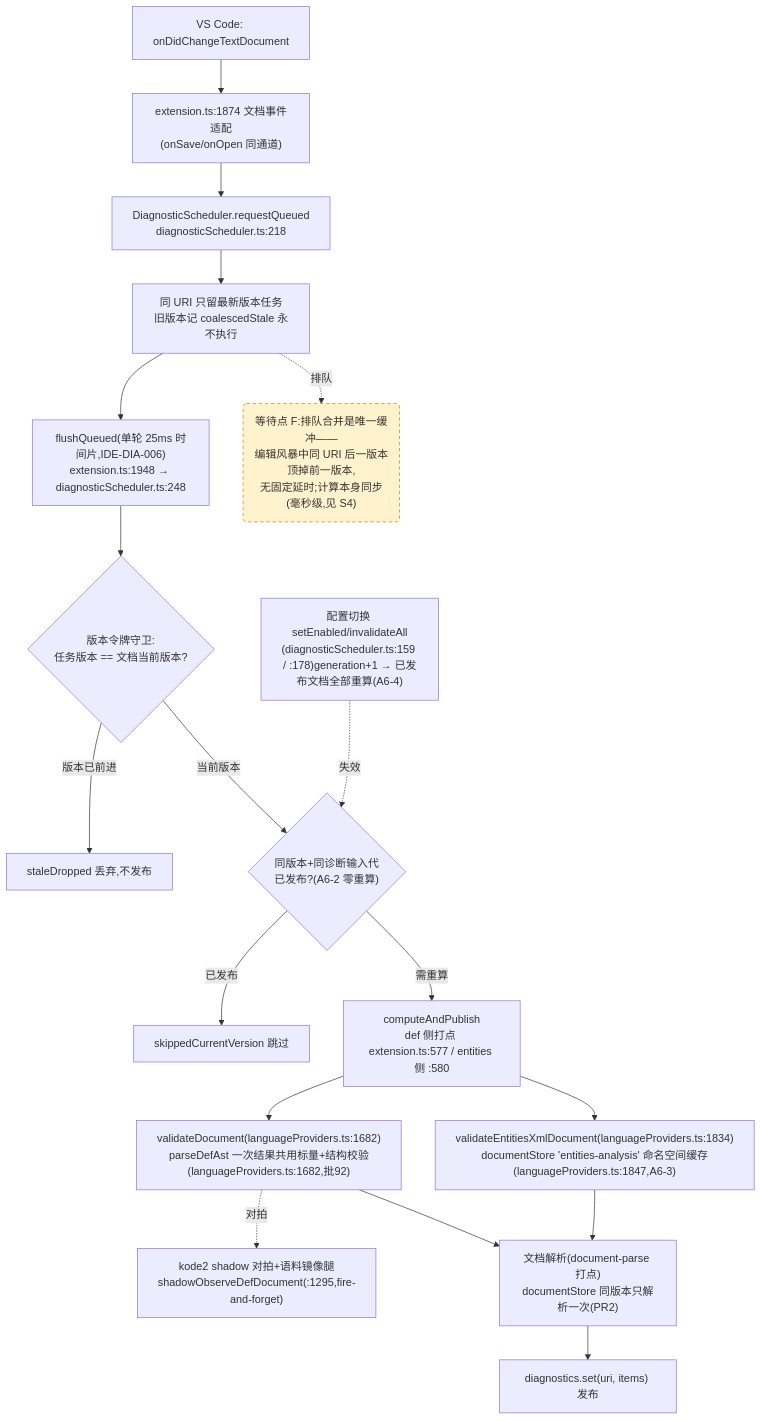
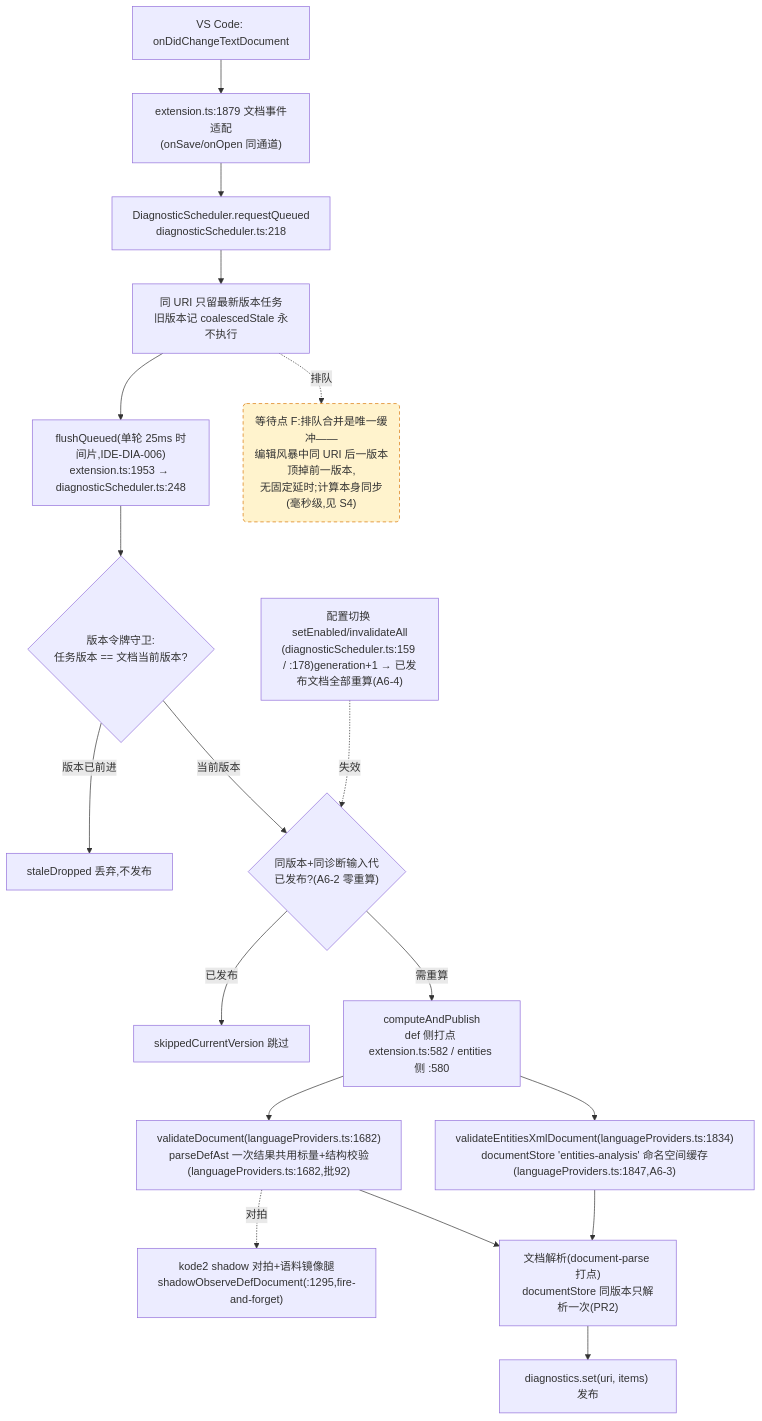
Before and after one commit to cuihairu/kode: the fourth of 4 diagrams in docs/perf/2026-baseline.md, drawn with Mermaid. The commit also changed other lines of this file and 10 other files, not shown here.

````diff
--- a/docs/perf/2026-baseline.md
+++ b/docs/perf/2026-baseline.md
@@ -214,38 +214,38 @@
 ```mermaid
 flowchart TD
   CHG["VS Code: onDidChangeTextDocument"]
-  WATCH["extension.ts:1874 文档事件适配<br/>(onSave/onOpen 同通道)"]
+  WATCH["extension.ts:1879 文档事件适配<br/>(onSave/onOpen 同通道)"]
   RQ["DiagnosticScheduler.requestQueued<br/>diagnosticScheduler.ts:218"]
   CO["同 URI 只留最新版本任务<br/>旧版本记 coalescedStale 永不执行"]
-  FL["flushQueued(单轮 25ms 时间片,IDE-DIA-006)<br/>extension.ts:1948 → diagnosticScheduler.ts:248"]
+  FL["flushQueued(单轮 25ms 时间片,IDE-DIA-006)<br/>extension.ts:1953 → diagnosticScheduler.ts:248"]
   VG{"版本令牌守卫:<br/>任务版本 == 文档当前版本?"}
   DROP["staleDropped 丢弃,不发布"]
   GEN{"同版本+同诊断输入代<br/>已发布?(A6-2 零重算)"}
   SKIP["skippedCurrentVersion 跳过"]
-  CALC["computeAndPublish<br/>def 侧打点 extension.ts:577 / entities 侧 :580"]
+  CALC["computeAndPublish<br/>def 侧打点 extension.ts:582 / entities 侧 :580"]
   VD["validateDocument(languageProviders.ts:1682)<br/>parseDefAst 一次结果共用标量+结构校验(languageProviders.ts:1682,批92)"]
   VEX["validateEntitiesXmlDocument(languageProviders.ts:1834)<br/>documentStore 'entities-analysis' 命名空间缓存(languageProviders.ts:1847,A6-3)"]
   SHDD["kode2 shadow 对拍+语料镜像腿<br/>shadowObserveDefDocument(:1295,fire-and-forget)"]
   DS["文档解析(document-parse 打点)<br/>documentStore 同版本只解析一次(PR2)"]
   PUB["diagnostics.set(uri, items) 发布"]
   CFG2["配置切换 setEnabled/invalidateAll<br/>(diagnosticScheduler.ts:159 / :178)generation+1 → 已发布文档全部重算(A6-4)"]
 
   CHG --> WATCH --> RQ --> CO --> FL --> VG
   VG -- "版本已前进" --> DROP
   VG -- "当前版本" --> GEN
   GEN -- "已发布" --> SKIP
   GEN -- "需重算" --> CALC
   CALC --> VD
   CALC --> VEX
   VD --> DS
   VEX --> DS
   DS --> PUB
   VD -.->|对拍| SHDD
   CFG2 -.->|失效| GEN
 
   WAITF("等待点 F:排队合并是唯一缓冲——<br/>编辑风暴中同 URI 后一版本顶掉前一版本,<br/>无固定延时;计算本身同步(毫秒级,见 S4)")
   CO -.->|排队| WAITF
 
   classDef waitPoint fill:#fff3cd,stroke:#d97706,stroke-dasharray:5 4;
   class WAITF waitPoint;
 ```
````
